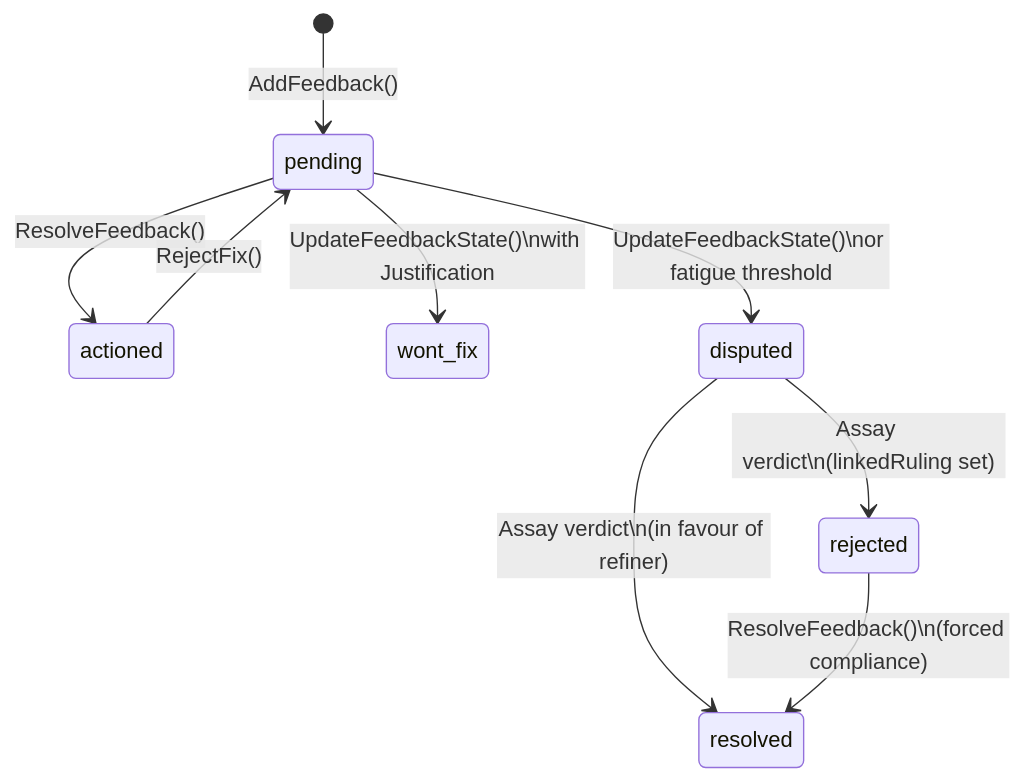
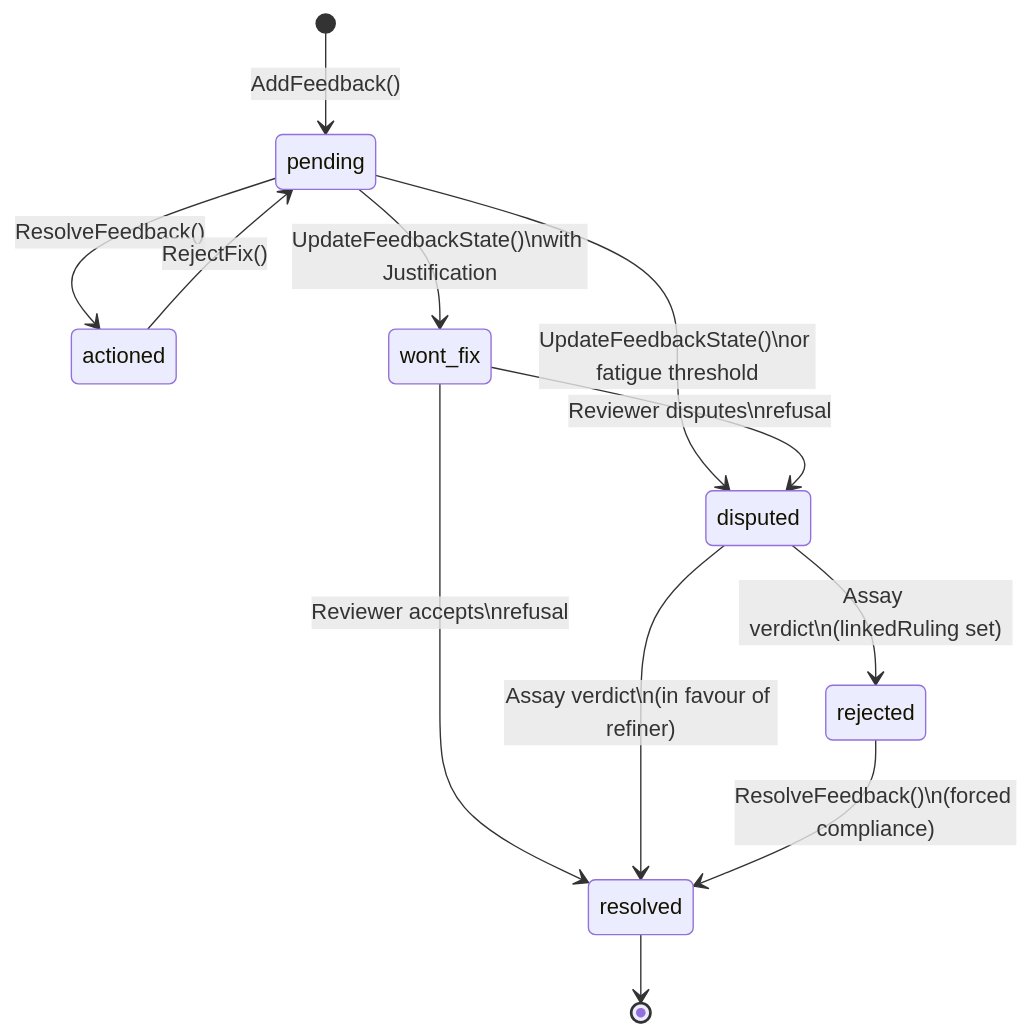
One commit to really-knows-ai/gideas changed the third of 3 diagrams in 01-concepts/02-data-model.md. Above: the diagram before and after it, drawn with Mermaid. The commit also changed other lines of this file and 2 other files, not shown here.

Commit message:
Refine architecture and governance documentation, clarifying the structure of planes and the role of the Governance Plane, and improving the description of feedback processes in the data model.

````diff
--- a/01-concepts/02-data-model.md
+++ b/01-concepts/02-data-model.md
@@ -317,15 +315,20 @@
 ```mermaid
 stateDiagram-v2
     [*] --> pending : AddFeedback()
 
     pending --> actioned : ResolveFeedback()
     pending --> wont_fix : UpdateFeedbackState()\nwith Justification
     pending --> disputed : UpdateFeedbackState()\nor fatigue threshold
 
     actioned --> pending : RejectFix()
 
+    wont_fix --> disputed : Reviewer disputes\nrefusal
+    wont_fix --> resolved : Reviewer accepts\nrefusal
+
     disputed --> rejected : Assay verdict\n(linkedRuling set)
     disputed --> resolved : Assay verdict\n(in favour of refiner)
 
     rejected --> resolved : ResolveFeedback()\n(forced compliance)
+
+    resolved --> [*]
 ```
````
